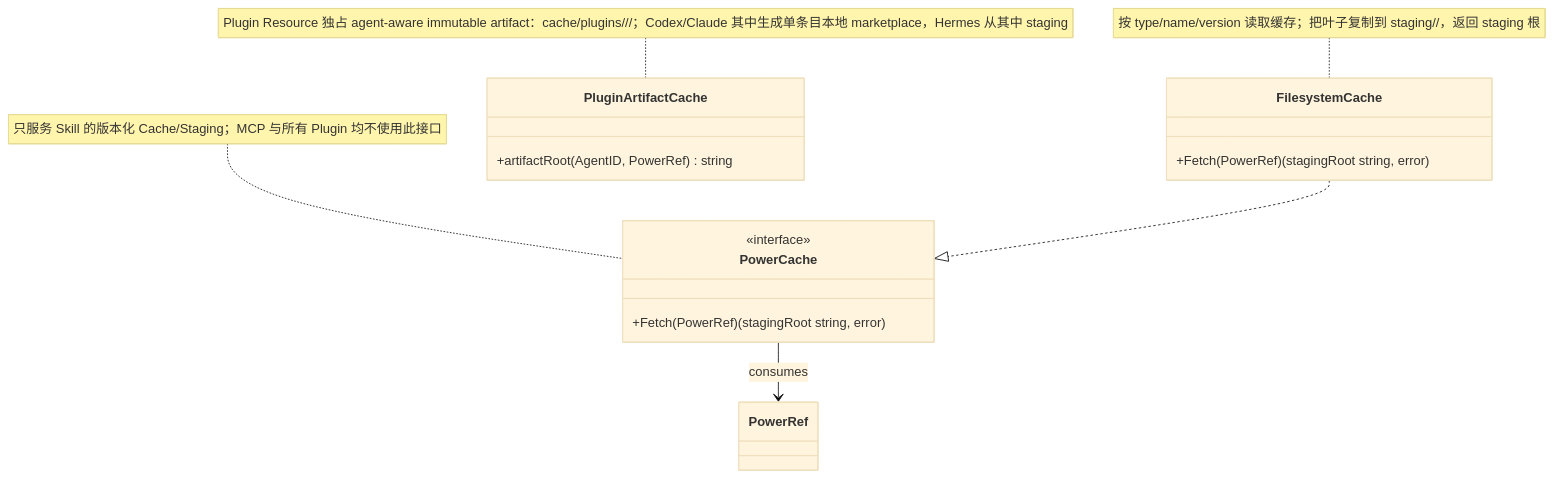
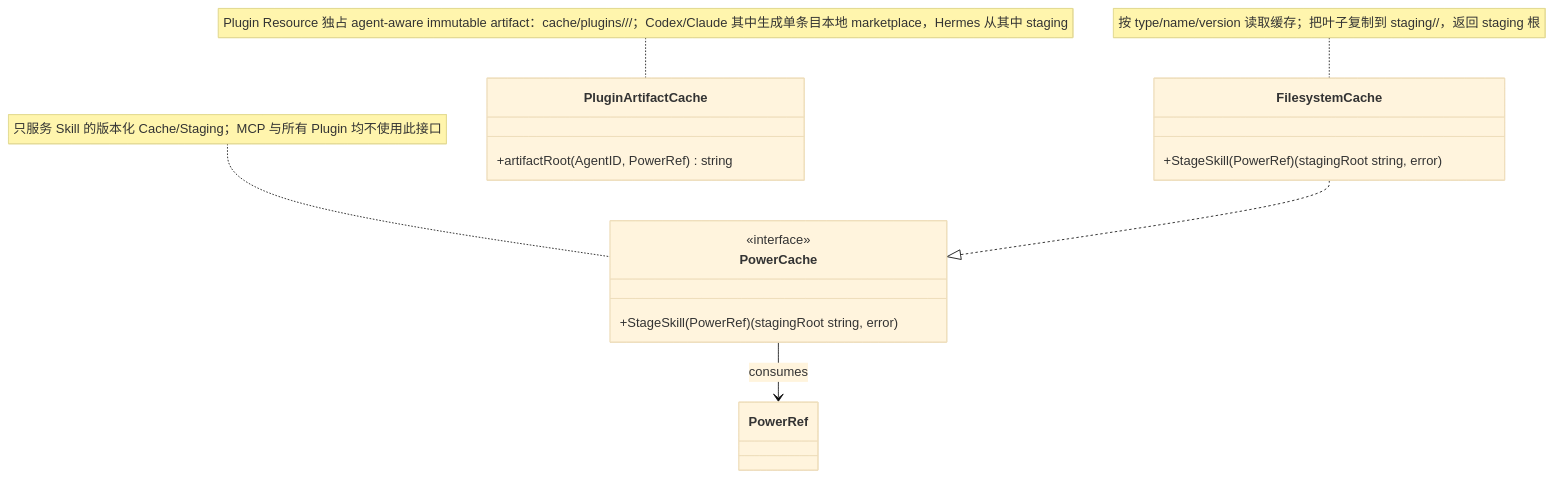
One commit to spacemit-com/agent-power-manager changed the diagram in ivory-tower/c4/components/apm-cli-diagrams/cache-manager.mmd. Above: the diagram before and after it, drawn with Mermaid (base theme). The commit also changed 27 other files, not shown here.

```diff
--- a/ivory-tower/c4/components/apm-cli-diagrams/cache-manager.mmd
+++ b/ivory-tower/c4/components/apm-cli-diagrams/cache-manager.mmd
@@ -1,19 +1,19 @@
 classDiagram
     note for PowerCache "只服务 Skill 的版本化 Cache/Staging；MCP 与所有 Plugin 均不使用此接口"
     class PowerCache {
         <<interface>>
-        +Fetch(PowerRef) (stagingRoot string, error)
+        +StageSkill(PowerRef) (stagingRoot string, error)
     }
 
     note for FilesystemCache "按 type/name/version 读取缓存；把叶子复制到 staging/<type-directory>/<name>，返回 staging 根"
     class FilesystemCache {
-        +Fetch(PowerRef) (stagingRoot string, error)
+        +StageSkill(PowerRef) (stagingRoot string, error)
     }
 
     FilesystemCache ..|> PowerCache
     PowerCache --> PowerRef : consumes
 
     note for PluginArtifactCache "Plugin Resource 独占 agent-aware immutable artifact：cache/plugins/<agent>/<logical-name>/<version>；Codex/Claude 其中生成单条目本地 marketplace，Hermes 从其中 staging"
     class PluginArtifactCache {
         +artifactRoot(AgentID, PowerRef) string
     }
```
